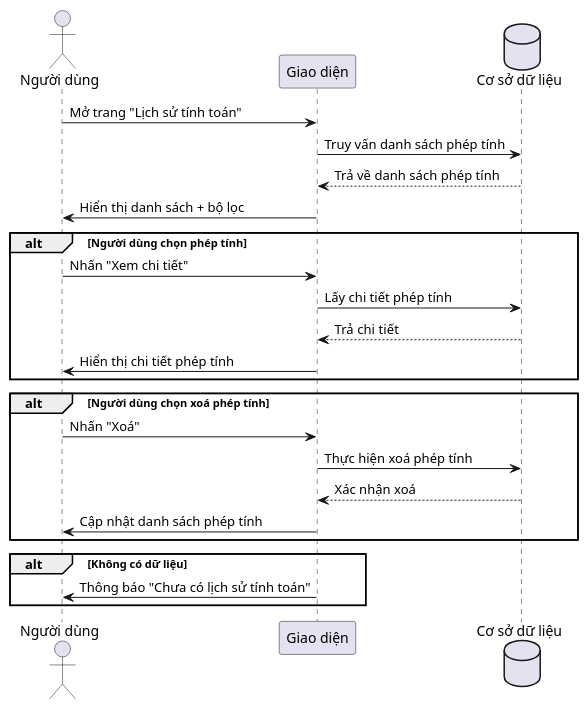
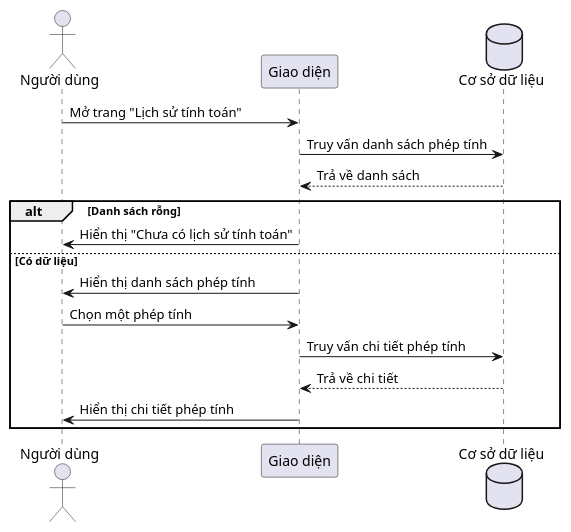
The diagram in UML/calculateHistory_sequence.plantuml (Gragy08/DADN_GQ), drawn with PlantUML before and after one commit. The commit also changed 14 other files, not shown here.

```diff
--- a/UML/calculateHistory_sequence.plantuml
+++ b/UML/calculateHistory_sequence.plantuml
@@ -1,28 +1,20 @@
 @startuml
 actor "Người dùng" as User
 participant "Giao diện" as UI
 database "Cơ sở dữ liệu" as DB
 
-User -> UI: Mở trang "Lịch sử tính toán"
-UI -> DB: Truy vấn danh sách phép tính
-DB --> UI: Trả về danh sách phép tính
-UI -> User: Hiển thị danh sách + bộ lọc
+User -> UI : Mở trang "Lịch sử tính toán"
+UI -> DB   : Truy vấn danh sách phép tính
+DB --> UI  : Trả về danh sách
 
-alt Người dùng chọn phép tính
-  User -> UI: Nhấn "Xem chi tiết"
-  UI -> DB: Lấy chi tiết phép tính
-  DB --> UI: Trả chi tiết
-  UI -> User: Hiển thị chi tiết phép tính
-end
-
-alt Người dùng chọn xoá phép tính
-  User -> UI: Nhấn "Xoá"
-  UI -> DB: Thực hiện xoá phép tính
-  DB --> UI: Xác nhận xoá
-  UI -> User: Cập nhật danh sách phép tính
-end
-
-alt Không có dữ liệu
-  UI -> User: Thông báo "Chưa có lịch sử tính toán"
+alt Danh sách rỗng
+  UI -> User : Hiển thị "Chưa có lịch sử tính toán"
+else Có dữ liệu
+  UI -> User : Hiển thị danh sách phép tính
+  
+  User -> UI : Chọn một phép tính
+  UI -> DB   : Truy vấn chi tiết phép tính
+  DB --> UI  : Trả về chi tiết
+  UI -> User : Hiển thị chi tiết phép tính
 end
 @enduml
```
